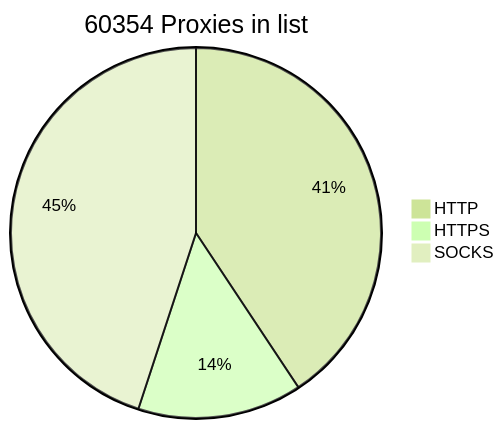
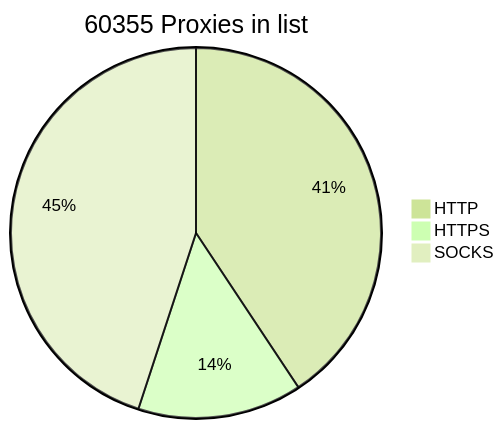
Before and after one commit to BlackSnowDot/proxylist-update-every-minute: the diagram in README.md, drawn with Mermaid (forest theme).

````diff
--- a/README.md
+++ b/README.md
@@ -2,6 +2,6 @@
 ```mermaid
-pie title 60354 Proxies in list
+pie title 60355 Proxies in list
     "HTTP" : 27780
     "HTTPS": 9807
-    "SOCKS" : 30705
+    "SOCKS" : 30706
 ```
````
